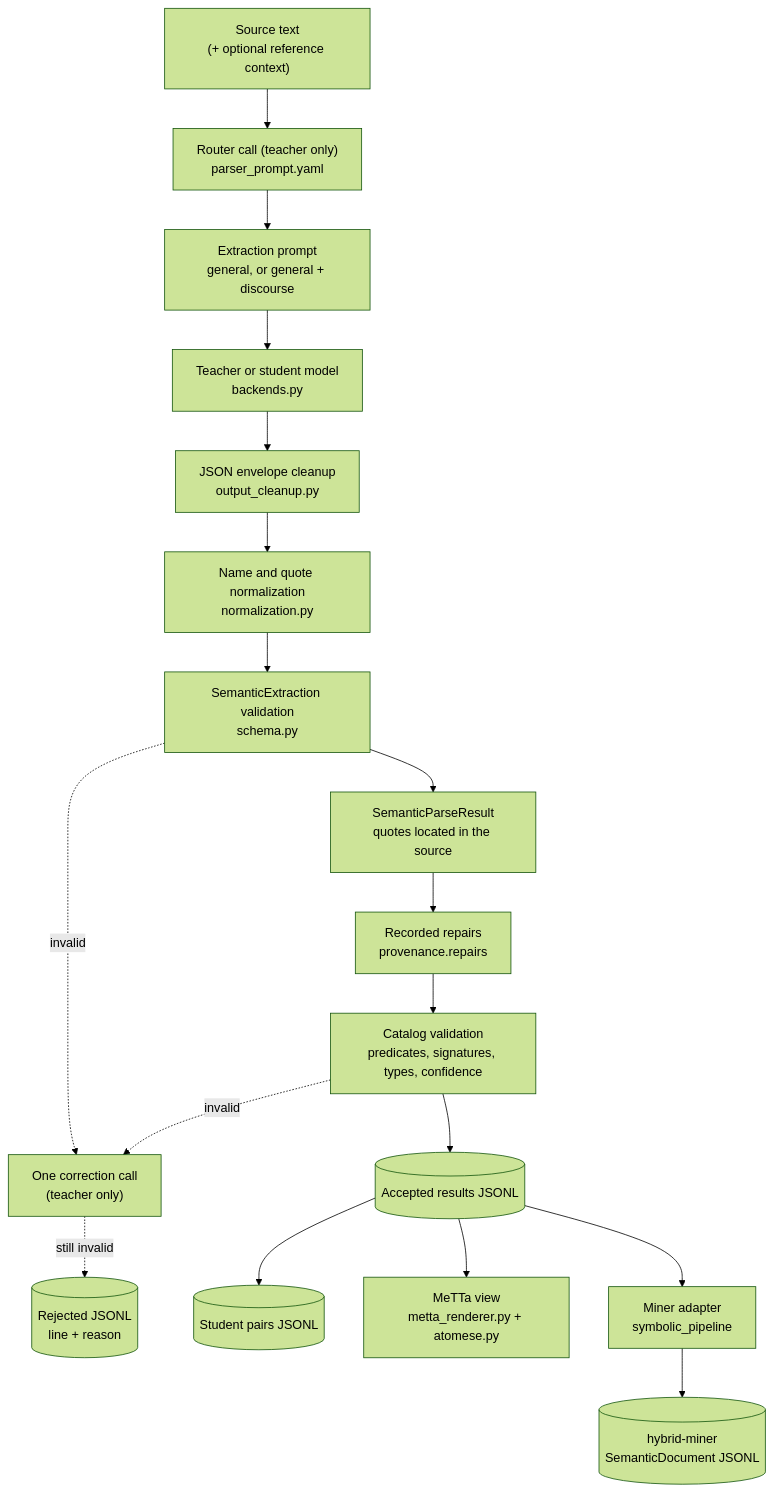
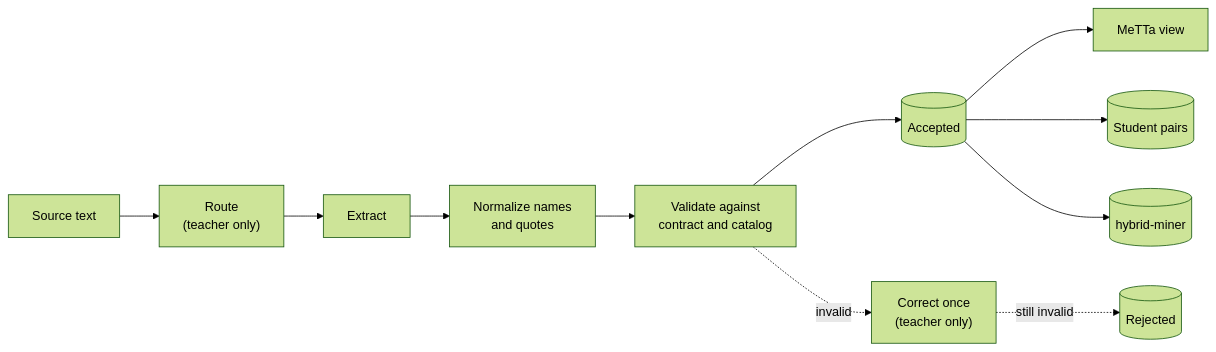
The second of 2 diagrams in parser/README.md (iCog-Labs-Dev/Neuro-Symbolic-LLM), drawn with Mermaid (forest theme) before and after one commit. The commit also changed other lines of this file and 1 other file, not shown here.

Commit message:
Shorten the parser and pipeline READMEs

````diff
--- a/parser/README.md
+++ b/parser/README.md
@@ -65,29 +61,11 @@
 ```mermaid
-flowchart TD
-    source["Source text<br/>(+ optional reference context)"]
-    router["Router call (teacher only)<br/>parser_prompt.yaml"]
-    prompt["Extraction prompt<br/>general, or general + discourse"]
-    model["Teacher or student model<br/>backends.py"]
-    clean["JSON envelope cleanup<br/>output_cleanup.py"]
-    normalize["Name and quote normalization<br/>normalization.py"]
-    extraction["SemanticExtraction validation<br/>schema.py"]
-    result["SemanticParseResult<br/>quotes located in the source"]
-    repairs["Recorded repairs<br/>provenance.repairs"]
-    catalog["Catalog validation<br/>predicates, signatures, types, confidence"]
-    correction["One correction call<br/>(teacher only)"]
-    accepted[("Accepted results JSONL")]
-    rejected[("Rejected JSONL<br/>line + reason")]
-    pairs[("Student pairs JSONL")]
-    metta["MeTTa view<br/>metta_renderer.py + atomese.py"]
-    adapter["Miner adapter<br/>symbolic_pipeline"]
-    miner[("hybrid-miner<br/>SemanticDocument JSONL")]
-
-    source --> router --> prompt --> model --> clean --> normalize --> extraction
-    extraction --> result --> repairs --> catalog --> accepted
-    extraction -. invalid .-> correction
-    catalog -. invalid .-> correction
-    correction -. "still invalid" .-> rejected
-    accepted --> pairs
-    accepted --> metta
-    accepted --> adapter --> miner
+flowchart LR
+    source["Source text"] --> router["Route<br/>(teacher only)"] --> extract["Extract"]
+    extract --> normalize["Normalize names<br/>and quotes"] --> validate["Validate against<br/>contract and catalog"]
+    validate --> accepted[("Accepted")]
+    validate -. invalid .-> correction["Correct once<br/>(teacher only)"]
+    correction -. "still invalid" .-> rejected[("Rejected")]
+    accepted --> metta["MeTTa view"]
+    accepted --> pairs[("Student pairs")]
+    accepted --> miner[("hybrid-miner")]
 ```
````
